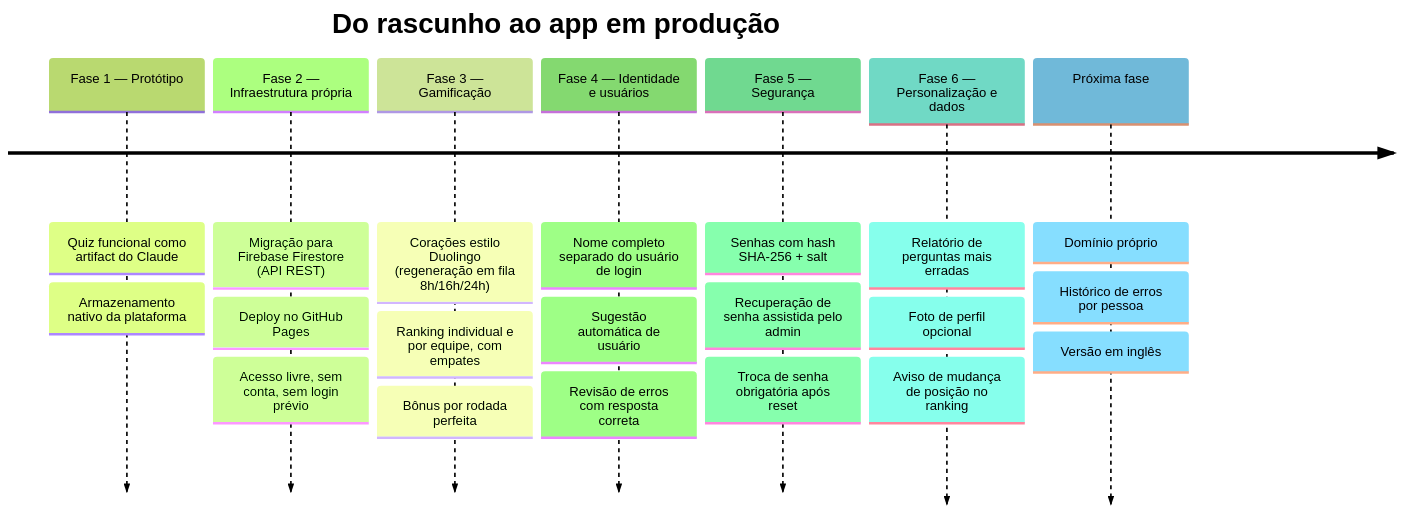
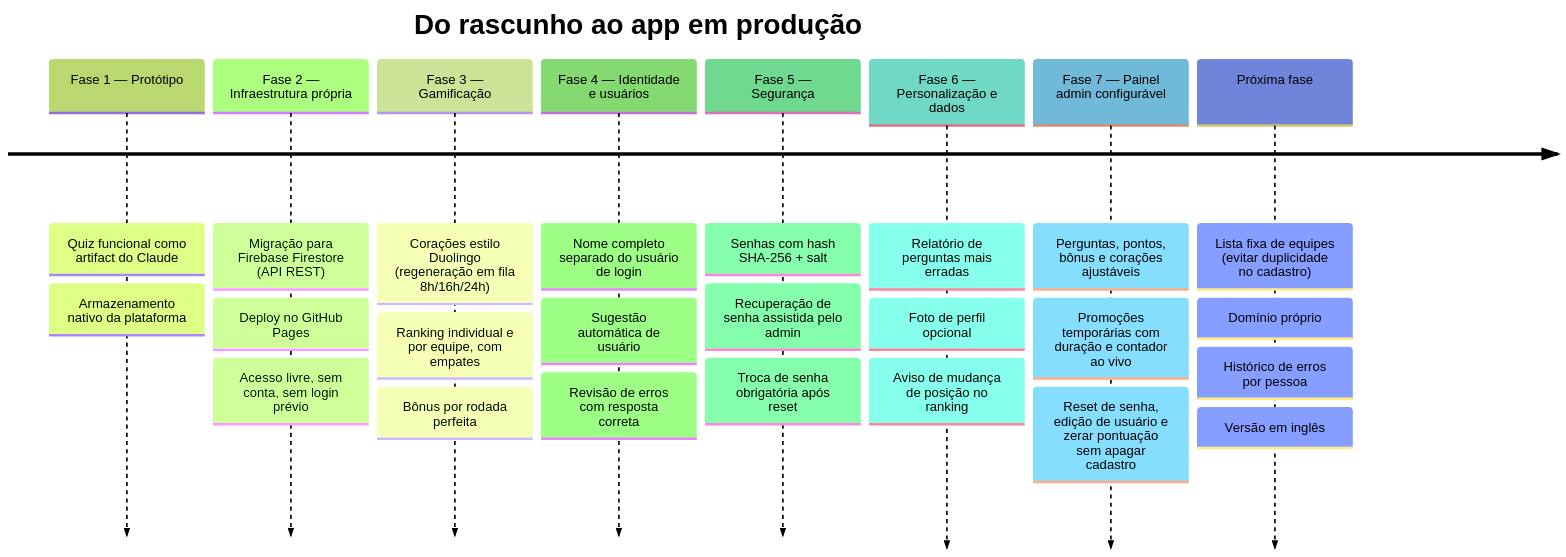
Before and after one commit to msdohko/stepquiz: the diagram in README.md, drawn with Mermaid (forest theme). The commit also changed other lines of this file, not shown here.

````diff
--- a/README.md
+++ b/README.md
@@ -55,24 +56,28 @@
 ```mermaid
 timeline
     title Do rascunho ao app em produção
     Fase 1 — Protótipo : Quiz funcional como artifact do Claude
                         : Armazenamento nativo da plataforma
     Fase 2 — Infraestrutura própria : Migração para Firebase Firestore (API REST)
                         : Deploy no GitHub Pages
                         : Acesso livre, sem conta, sem login prévio
     Fase 3 — Gamificação : Corações estilo Duolingo (regeneração em fila 8h/16h/24h)
                         : Ranking individual e por equipe, com empates
                         : Bônus por rodada perfeita
     Fase 4 — Identidade e usuários : Nome completo separado do usuário de login
                         : Sugestão automática de usuário
                         : Revisão de erros com resposta correta
     Fase 5 — Segurança : Senhas com hash SHA-256 + salt
                         : Recuperação de senha assistida pelo admin
                         : Troca de senha obrigatória após reset
     Fase 6 — Personalização e dados : Relatório de perguntas mais erradas
                         : Foto de perfil opcional
                         : Aviso de mudança de posição no ranking
-    Próxima fase : Domínio próprio
+    Fase 7 — Painel admin configurável : Perguntas, pontos, bônus e corações ajustáveis
+                        : Promoções temporárias com duração e contador ao vivo
+                        : Reset de senha, edição de usuário e zerar pontuação sem apagar cadastro
+    Próxima fase : Lista fixa de equipes (evitar duplicidade no cadastro)
+                 : Domínio próprio
                  : Histórico de erros por pessoa
                  : Versão em inglês
 ```
````
